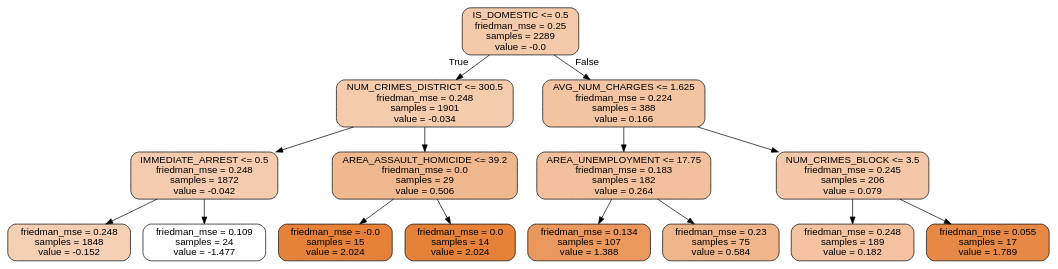
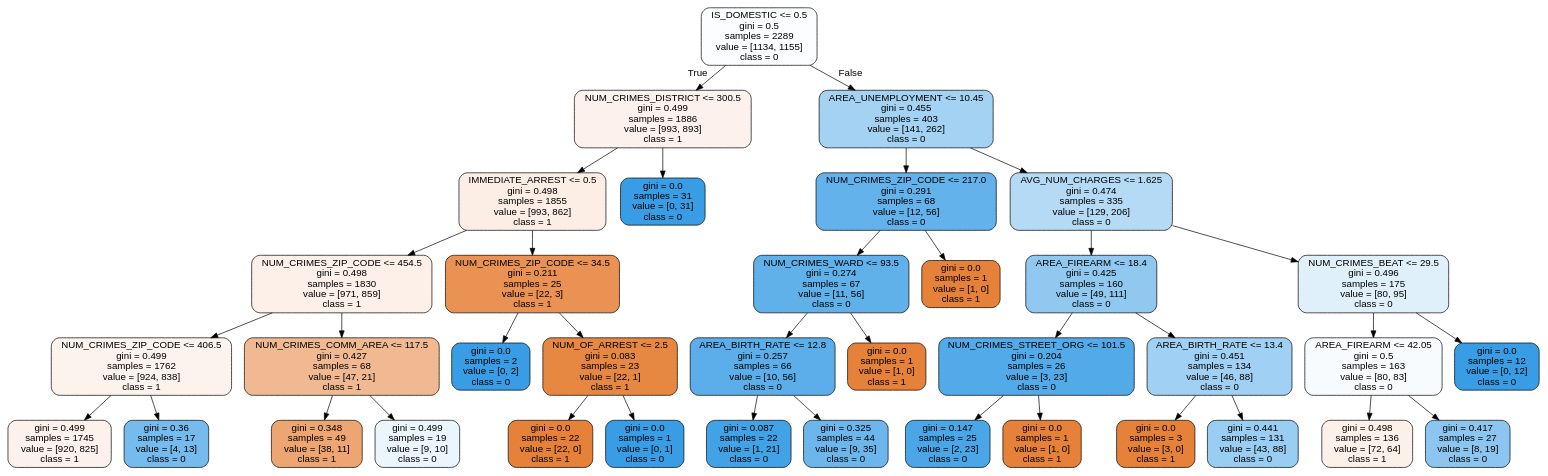
One commit to antoniomari/Ingegneria-della-conoscenza changed the diagram in models/best_tree.dot. Above: the diagram before and after it, drawn with Graphviz. The commit also changed 2 other files, not shown here.

```diff
--- a/models/best_tree.dot
+++ b/models/best_tree.dot
@@ -1,33 +1,77 @@
 digraph Tree {
 node [shape=box, style="filled, rounded", color="black", fontname="helvetica"] ;
 edge [fontname="helvetica"] ;
-0 [label="IS_DOMESTIC <= 0.5\nfriedman_mse = 0.25\nsamples = 2289\nvalue = -0.0", fillcolor="#f4caab"] ;
-1 [label="NUM_CRIMES_DISTRICT <= 300.5\nfriedman_mse = 0.248\nsamples = 1901\nvalue = -0.034", fillcolor="#f4cbad"] ;
+0 [label="IS_DOMESTIC <= 0.5\ngini = 0.5\nsamples = 2289\nvalue = [1134, 1155]\nclass = 0", fillcolor="#fbfdff"] ;
+1 [label="NUM_CRIMES_DISTRICT <= 300.5\ngini = 0.499\nsamples = 1886\nvalue = [993, 893]\nclass = 1", fillcolor="#fcf2eb"] ;
 0 -> 1 [labeldistance=2.5, labelangle=45, headlabel="True"] ;
-2 [label="IMMEDIATE_ARREST <= 0.5\nfriedman_mse = 0.248\nsamples = 1872\nvalue = -0.042", fillcolor="#f4cbae"] ;
+2 [label="IMMEDIATE_ARREST <= 0.5\ngini = 0.498\nsamples = 1855\nvalue = [993, 862]\nclass = 1", fillcolor="#fceee5"] ;
 1 -> 2 ;
-3 [label="friedman_mse = 0.248\nsamples = 1848\nvalue = -0.152", fillcolor="#f5cfb4"] ;
+3 [label="NUM_CRIMES_ZIP_CODE <= 454.5\ngini = 0.498\nsamples = 1830\nvalue = [971, 859]\nclass = 1", fillcolor="#fcf0e8"] ;
 2 -> 3 ;
-4 [label="friedman_mse = 0.109\nsamples = 24\nvalue = -1.477", fillcolor="#ffffff"] ;
-2 -> 4 ;
-5 [label="AREA_ASSAULT_HOMICIDE <= 39.2\nfriedman_mse = 0.0\nsamples = 29\nvalue = 0.506", fillcolor="#f0b88f"] ;
-1 -> 5 ;
-6 [label="friedman_mse = -0.0\nsamples = 15\nvalue = 2.024", fillcolor="#e58139"] ;
-5 -> 6 ;
-7 [label="friedman_mse = 0.0\nsamples = 14\nvalue = 2.024", fillcolor="#e58139"] ;
-5 -> 7 ;
-8 [label="AVG_NUM_CHARGES <= 1.625\nfriedman_mse = 0.224\nsamples = 388\nvalue = 0.166", fillcolor="#f3c4a2"] ;
-0 -> 8 [labeldistance=2.5, labelangle=-45, headlabel="False"] ;
-9 [label="AREA_UNEMPLOYMENT <= 17.75\nfriedman_mse = 0.183\nsamples = 182\nvalue = 0.264", fillcolor="#f2c09d"] ;
-8 -> 9 ;
-10 [label="friedman_mse = 0.134\nsamples = 107\nvalue = 1.388", fillcolor="#ea985d"] ;
-9 -> 10 ;
-11 [label="friedman_mse = 0.23\nsamples = 75\nvalue = 0.584", fillcolor="#f0b58a"] ;
-9 -> 11 ;
-12 [label="NUM_CRIMES_BLOCK <= 3.5\nfriedman_mse = 0.245\nsamples = 206\nvalue = 0.079", fillcolor="#f3c7a7"] ;
-8 -> 12 ;
-13 [label="friedman_mse = 0.248\nsamples = 189\nvalue = 0.182", fillcolor="#f3c3a1"] ;
+4 [label="NUM_CRIMES_ZIP_CODE <= 406.5\ngini = 0.499\nsamples = 1762\nvalue = [924, 838]\nclass = 1", fillcolor="#fdf3ed"] ;
+3 -> 4 ;
+5 [label="gini = 0.499\nsamples = 1745\nvalue = [920, 825]\nclass = 1", fillcolor="#fcf2eb"] ;
+4 -> 5 ;
+6 [label="gini = 0.36\nsamples = 17\nvalue = [4, 13]\nclass = 0", fillcolor="#76bbed"] ;
+4 -> 6 ;
+7 [label="NUM_CRIMES_COMM_AREA <= 117.5\ngini = 0.427\nsamples = 68\nvalue = [47, 21]\nclass = 1", fillcolor="#f1b991"] ;
+3 -> 7 ;
+8 [label="gini = 0.348\nsamples = 49\nvalue = [38, 11]\nclass = 1", fillcolor="#eda572"] ;
+7 -> 8 ;
+9 [label="gini = 0.499\nsamples = 19\nvalue = [9, 10]\nclass = 0", fillcolor="#ebf5fc"] ;
+7 -> 9 ;
+10 [label="NUM_CRIMES_ZIP_CODE <= 34.5\ngini = 0.211\nsamples = 25\nvalue = [22, 3]\nclass = 1", fillcolor="#e99254"] ;
+2 -> 10 ;
+11 [label="gini = 0.0\nsamples = 2\nvalue = [0, 2]\nclass = 0", fillcolor="#399de5"] ;
+10 -> 11 ;
+12 [label="NUM_OF_ARREST <= 2.5\ngini = 0.083\nsamples = 23\nvalue = [22, 1]\nclass = 1", fillcolor="#e68742"] ;
+10 -> 12 ;
+13 [label="gini = 0.0\nsamples = 22\nvalue = [22, 0]\nclass = 1", fillcolor="#e58139"] ;
 12 -> 13 ;
-14 [label="friedman_mse = 0.055\nsamples = 17\nvalue = 1.789", fillcolor="#e78946"] ;
+14 [label="gini = 0.0\nsamples = 1\nvalue = [0, 1]\nclass = 0", fillcolor="#399de5"] ;
 12 -> 14 ;
+15 [label="gini = 0.0\nsamples = 31\nvalue = [0, 31]\nclass = 0", fillcolor="#399de5"] ;
+1 -> 15 ;
+16 [label="AREA_UNEMPLOYMENT <= 10.45\ngini = 0.455\nsamples = 403\nvalue = [141, 262]\nclass = 0", fillcolor="#a4d2f3"] ;
+0 -> 16 [labeldistance=2.5, labelangle=-45, headlabel="False"] ;
+17 [label="NUM_CRIMES_ZIP_CODE <= 217.0\ngini = 0.291\nsamples = 68\nvalue = [12, 56]\nclass = 0", fillcolor="#63b2eb"] ;
+16 -> 17 ;
+18 [label="NUM_CRIMES_WARD <= 93.5\ngini = 0.274\nsamples = 67\nvalue = [11, 56]\nclass = 0", fillcolor="#60b0ea"] ;
+17 -> 18 ;
+19 [label="AREA_BIRTH_RATE <= 12.8\ngini = 0.257\nsamples = 66\nvalue = [10, 56]\nclass = 0", fillcolor="#5caeea"] ;
+18 -> 19 ;
+20 [label="gini = 0.087\nsamples = 22\nvalue = [1, 21]\nclass = 0", fillcolor="#42a2e6"] ;
+19 -> 20 ;
+21 [label="gini = 0.325\nsamples = 44\nvalue = [9, 35]\nclass = 0", fillcolor="#6cb6ec"] ;
+19 -> 21 ;
+22 [label="gini = 0.0\nsamples = 1\nvalue = [1, 0]\nclass = 1", fillcolor="#e58139"] ;
+18 -> 22 ;
+23 [label="gini = 0.0\nsamples = 1\nvalue = [1, 0]\nclass = 1", fillcolor="#e58139"] ;
+17 -> 23 ;
+24 [label="AVG_NUM_CHARGES <= 1.625\ngini = 0.474\nsamples = 335\nvalue = [129, 206]\nclass = 0", fillcolor="#b5daf5"] ;
+16 -> 24 ;
+25 [label="AREA_FIREARM <= 18.4\ngini = 0.425\nsamples = 160\nvalue = [49, 111]\nclass = 0", fillcolor="#90c8f0"] ;
+24 -> 25 ;
+26 [label="NUM_CRIMES_STREET_ORG <= 101.5\ngini = 0.204\nsamples = 26\nvalue = [3, 23]\nclass = 0", fillcolor="#53aae8"] ;
+25 -> 26 ;
+27 [label="gini = 0.147\nsamples = 25\nvalue = [2, 23]\nclass = 0", fillcolor="#4aa6e7"] ;
+26 -> 27 ;
+28 [label="gini = 0.0\nsamples = 1\nvalue = [1, 0]\nclass = 1", fillcolor="#e58139"] ;
+26 -> 28 ;
+29 [label="AREA_BIRTH_RATE <= 13.4\ngini = 0.451\nsamples = 134\nvalue = [46, 88]\nclass = 0", fillcolor="#a0d0f3"] ;
+25 -> 29 ;
+30 [label="gini = 0.0\nsamples = 3\nvalue = [3, 0]\nclass = 1", fillcolor="#e58139"] ;
+29 -> 30 ;
+31 [label="gini = 0.441\nsamples = 131\nvalue = [43, 88]\nclass = 0", fillcolor="#9acdf2"] ;
+29 -> 31 ;
+32 [label="NUM_CRIMES_BEAT <= 29.5\ngini = 0.496\nsamples = 175\nvalue = [80, 95]\nclass = 0", fillcolor="#e0f0fb"] ;
+24 -> 32 ;
+33 [label="AREA_FIREARM <= 42.05\ngini = 0.5\nsamples = 163\nvalue = [80, 83]\nclass = 0", fillcolor="#f8fbfe"] ;
+32 -> 33 ;
+34 [label="gini = 0.498\nsamples = 136\nvalue = [72, 64]\nclass = 1", fillcolor="#fcf1e9"] ;
+33 -> 34 ;
+35 [label="gini = 0.417\nsamples = 27\nvalue = [8, 19]\nclass = 0", fillcolor="#8cc6f0"] ;
+33 -> 35 ;
+36 [label="gini = 0.0\nsamples = 12\nvalue = [0, 12]\nclass = 0", fillcolor="#399de5"] ;
+32 -> 36 ;
 }
```
